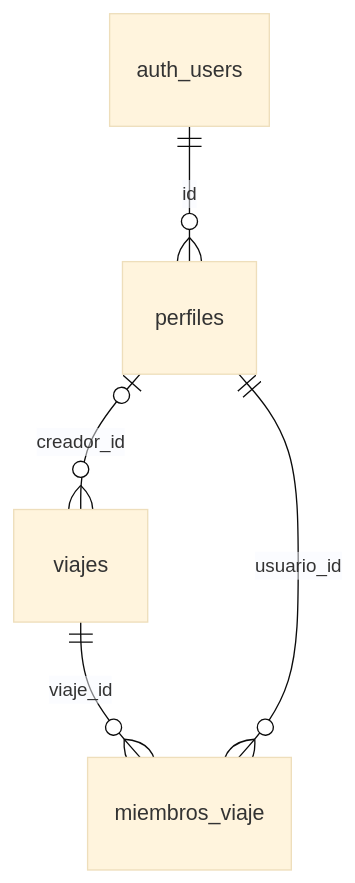
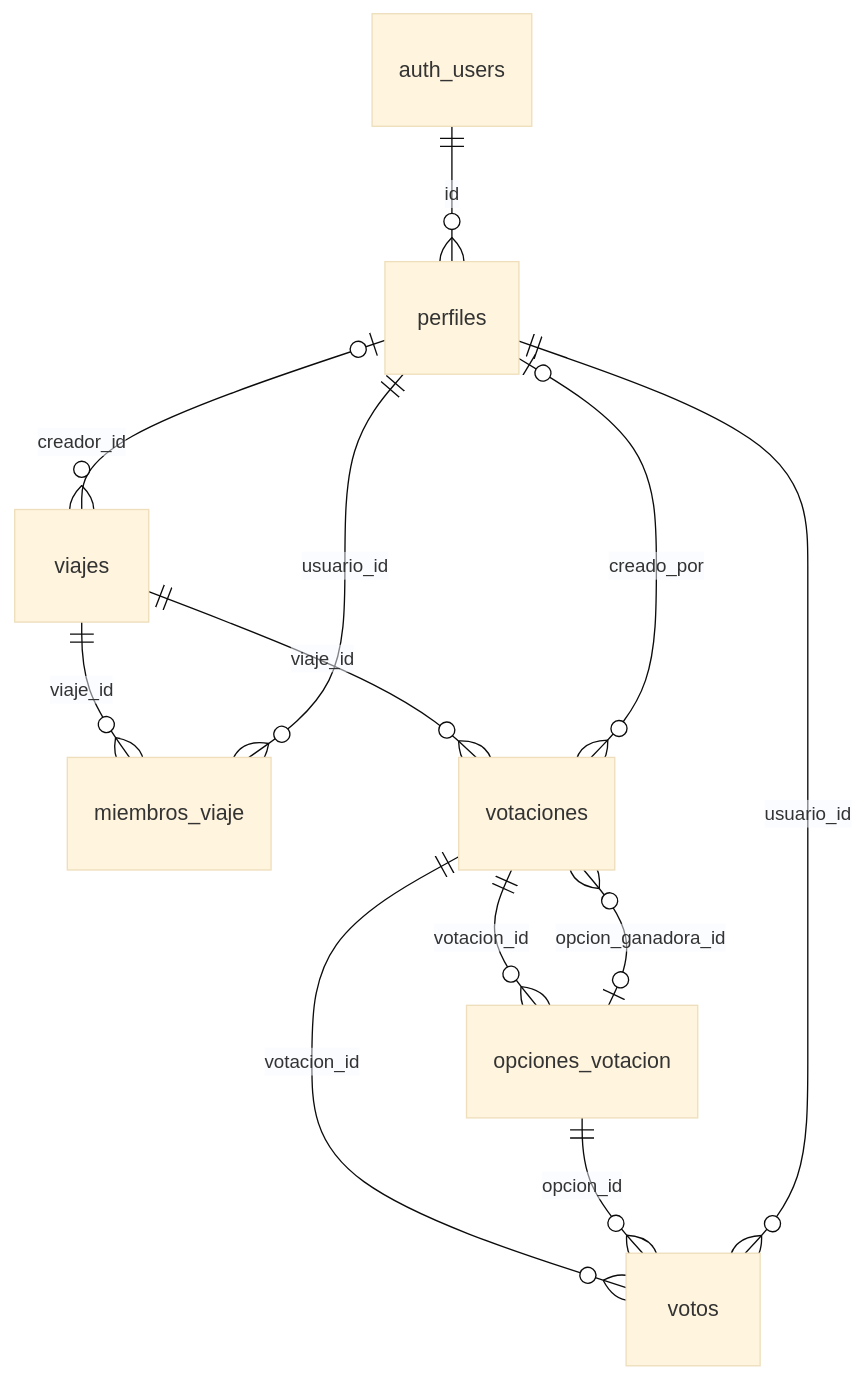
Before and after one commit to UNIZAR-30248-2026-TRAVELWRAP/Backend: the diagram in docs/BASE_DE_DATOS.md, drawn with Mermaid (base theme). The commit also changed other lines of this file and 3 other files, not shown here.

Commit message:
Base de datos votaciones: creadas tablas 'votaciones', 'opciones_votacion' y 'votos', funciones y políticas RLS para gestionar votaciones de grupo

````diff
--- a/docs/BASE_DE_DATOS.md
+++ b/docs/BASE_DE_DATOS.md
@@ -17,7 +20,14 @@
 ```mermaid
 erDiagram
     auth_users ||--o{ perfiles : "id"
     perfiles |o--o{ viajes : "creador_id"
     viajes ||--o{ miembros_viaje : "viaje_id"
     perfiles ||--o{ miembros_viaje : "usuario_id"
+    viajes ||--o{ votaciones : "viaje_id"
+    opciones_votacion |o--o{ votaciones : "opcion_ganadora_id"
+    perfiles |o--o{ votaciones : "creado_por"
+    votaciones ||--o{ opciones_votacion : "votacion_id"
+    votaciones ||--o{ votos : "votacion_id"
+    opciones_votacion ||--o{ votos : "opcion_id"
+    perfiles ||--o{ votos : "usuario_id"
 ```
````
